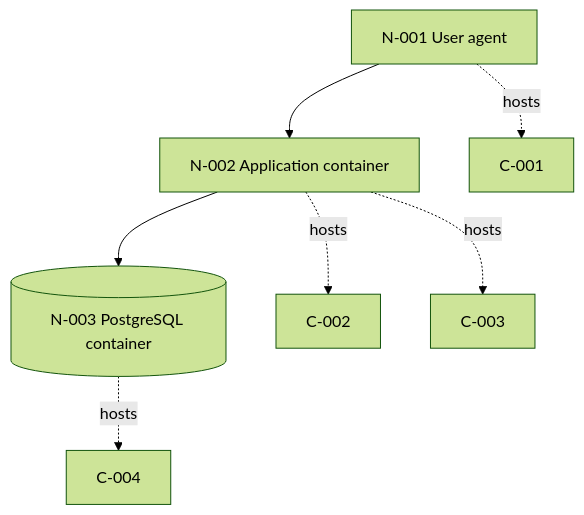
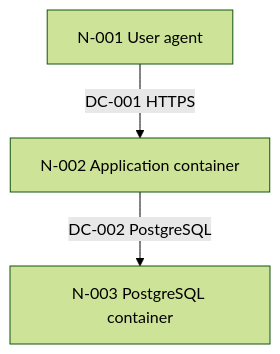
The third of 4 diagrams in evals/golden/EVAL-020/docs/plans/team-invitations-rbac/architecture/views.md (relusion/vg-sdlc-claude-plugins), drawn with Mermaid (forest theme) before and after one commit. The commit also changed other lines of this file and 72 other files, not shown here.

First line of the commit message:
Add comprehensive tests for architecture context and rendering

````diff
--- a/evals/golden/EVAL-020/docs/plans/team-invitations-rbac/architecture/views.md
+++ b/evals/golden/EVAL-020/docs/plans/team-invitations-rbac/architecture/views.md
@@ -63,9 +78,8 @@
 ```mermaid
 flowchart TB
-  N001[N-001 User agent] --> N002[N-002 Application container]
-  N002 --> N003[(N-003 PostgreSQL container)]
-  N001 -. hosts .-> C001[C-001]
-  N002 -. hosts .-> C002[C-002]
-  N002 -. hosts .-> C003[C-003]
-  N003 -. hosts .-> C004[C-004]
+  N001["N-001 User agent"]
+  N002["N-002 Application container"]
+  N003["N-003 PostgreSQL container"]
+  N001 -->|"DC-001 HTTPS"| N002
+  N002 -->|"DC-002 PostgreSQL"| N003
 ```
````
